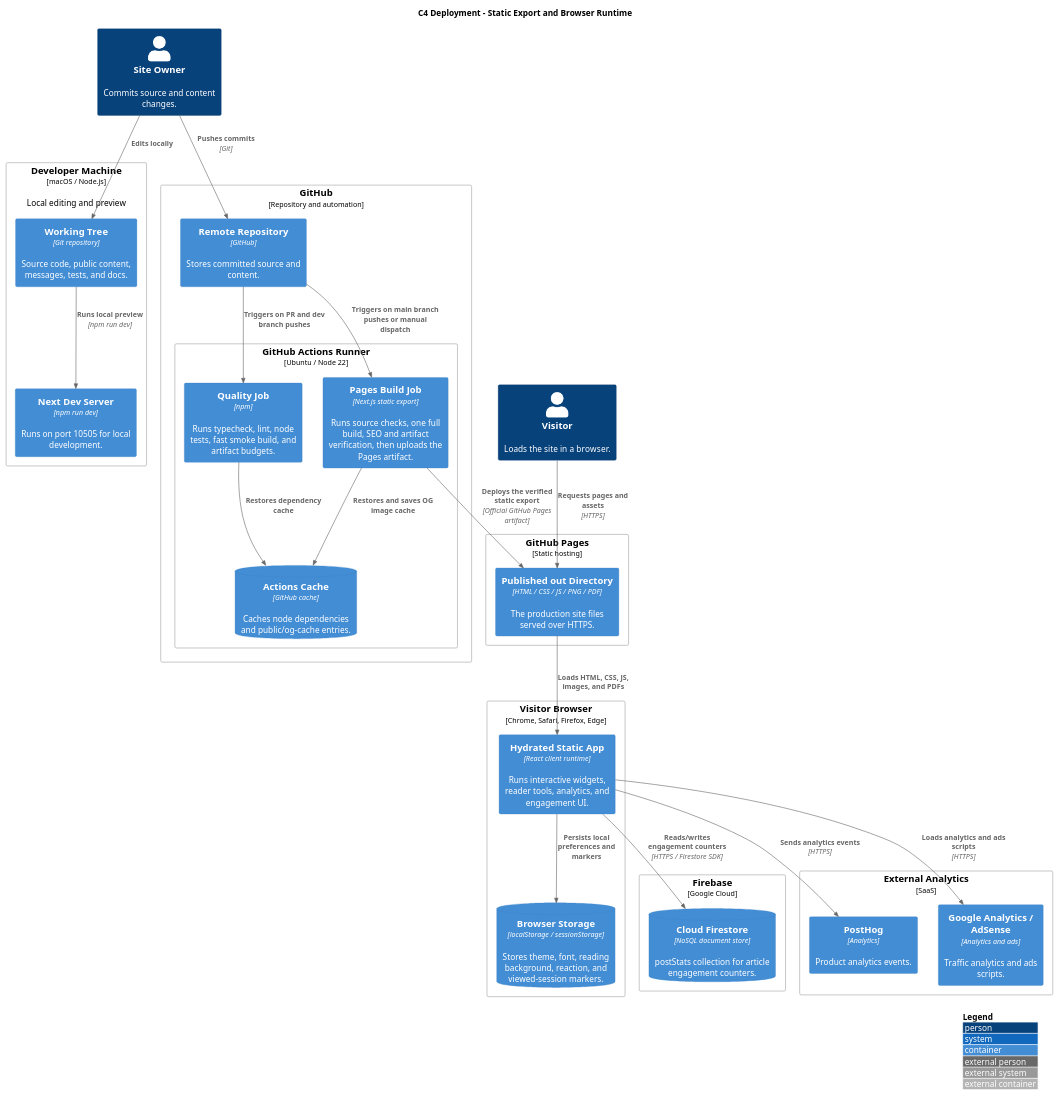
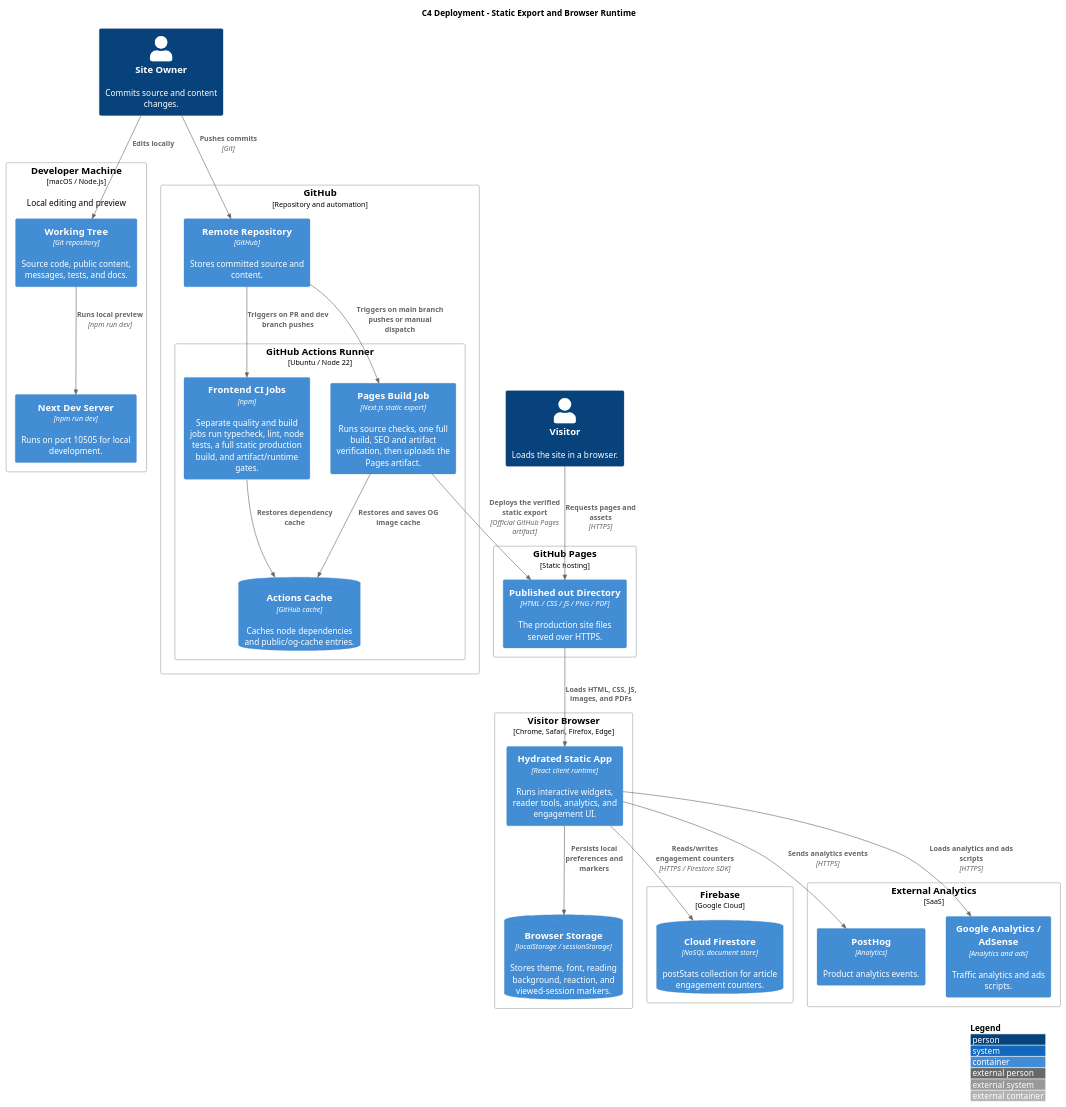
The diagram in docs/diagrams/c4-deployment.puml (nguyenlephong/nguyenlephong.github.io), drawn with PlantUML before and after one commit. The commit also changed 9 other files, not shown here.

```diff
--- a/docs/diagrams/c4-deployment.puml
+++ b/docs/diagrams/c4-deployment.puml
@@ -1,58 +1,58 @@
 @startuml c4_deployment
 !include https://raw.githubusercontent.com/plantuml-stdlib/C4-PlantUML/master/C4_Deployment.puml
 
 LAYOUT_WITH_LEGEND()
 
 title C4 Deployment - Static Export and Browser Runtime
 
 Person(owner, "Site Owner", "Commits source and content changes.")
 Person(visitor, "Visitor", "Loads the site in a browser.")
 
 Deployment_Node(dev_machine, "Developer Machine", "macOS / Node.js", "Local editing and preview") {
   Container(repo, "Working Tree", "Git repository", "Source code, public content, messages, tests, and docs.")
   Container(dev_server, "Next Dev Server", "npm run dev", "Runs on port 10505 for local development.")
 }
 
 Deployment_Node(github, "GitHub", "Repository and automation") {
   Container(source_repo, "Remote Repository", "GitHub", "Stores committed source and content.")
   Deployment_Node(actions, "GitHub Actions Runner", "Ubuntu / Node 22") {
-    Container(ci_quality, "Quality Job", "npm", "Runs typecheck, lint, node tests, fast smoke build, and artifact budgets.")
+    Container(ci_quality, "Frontend CI Jobs", "npm", "Separate quality and build jobs run typecheck, lint, node tests, a full static production build, and artifact/runtime gates.")
     Container(build_job, "Pages Build Job", "Next.js static export", "Runs source checks, one full build, SEO and artifact verification, then uploads the Pages artifact.")
     ContainerDb(actions_cache, "Actions Cache", "GitHub cache", "Caches node dependencies and public/og-cache entries.")
   }
 }
 
 Deployment_Node(static_hosting, "GitHub Pages", "Static hosting") {
   Container(out_dir, "Published out Directory", "HTML / CSS / JS / PNG / PDF", "The production site files served over HTTPS.")
 }
 
 Deployment_Node(browser, "Visitor Browser", "Chrome, Safari, Firefox, Edge") {
   Container(static_runtime, "Hydrated Static App", "React client runtime", "Runs interactive widgets, reader tools, analytics, and engagement UI.")
   ContainerDb(browser_storage, "Browser Storage", "localStorage / sessionStorage", "Stores theme, font, reading background, reaction, and viewed-session markers.")
 }
 
 Deployment_Node(firebase, "Firebase", "Google Cloud") {
   ContainerDb(firestore, "Cloud Firestore", "NoSQL document store", "postStats collection for article engagement counters.")
 }
 
 Deployment_Node(external_analytics, "External Analytics", "SaaS") {
   Container(posthog, "PostHog", "Analytics", "Product analytics events.")
   Container(google, "Google Analytics / AdSense", "Analytics and ads", "Traffic analytics and ads scripts.")
 }
 
 Rel(owner, repo, "Edits locally")
 Rel(repo, dev_server, "Runs local preview", "npm run dev")
 Rel(owner, source_repo, "Pushes commits", "Git")
 Rel(source_repo, ci_quality, "Triggers on PR and dev branch pushes")
 Rel(source_repo, build_job, "Triggers on main branch pushes or manual dispatch")
 Rel(ci_quality, actions_cache, "Restores dependency cache")
 Rel(build_job, actions_cache, "Restores and saves OG image cache")
 Rel(build_job, out_dir, "Deploys the verified static export", "Official GitHub Pages artifact")
 Rel(visitor, out_dir, "Requests pages and assets", "HTTPS")
 Rel(out_dir, static_runtime, "Loads HTML, CSS, JS, images, and PDFs")
 Rel(static_runtime, browser_storage, "Persists local preferences and markers")
 Rel(static_runtime, firestore, "Reads/writes engagement counters", "HTTPS / Firestore SDK")
 Rel(static_runtime, posthog, "Sends analytics events", "HTTPS")
 Rel(static_runtime, google, "Loads analytics and ads scripts", "HTTPS")
 
 @enduml
```
